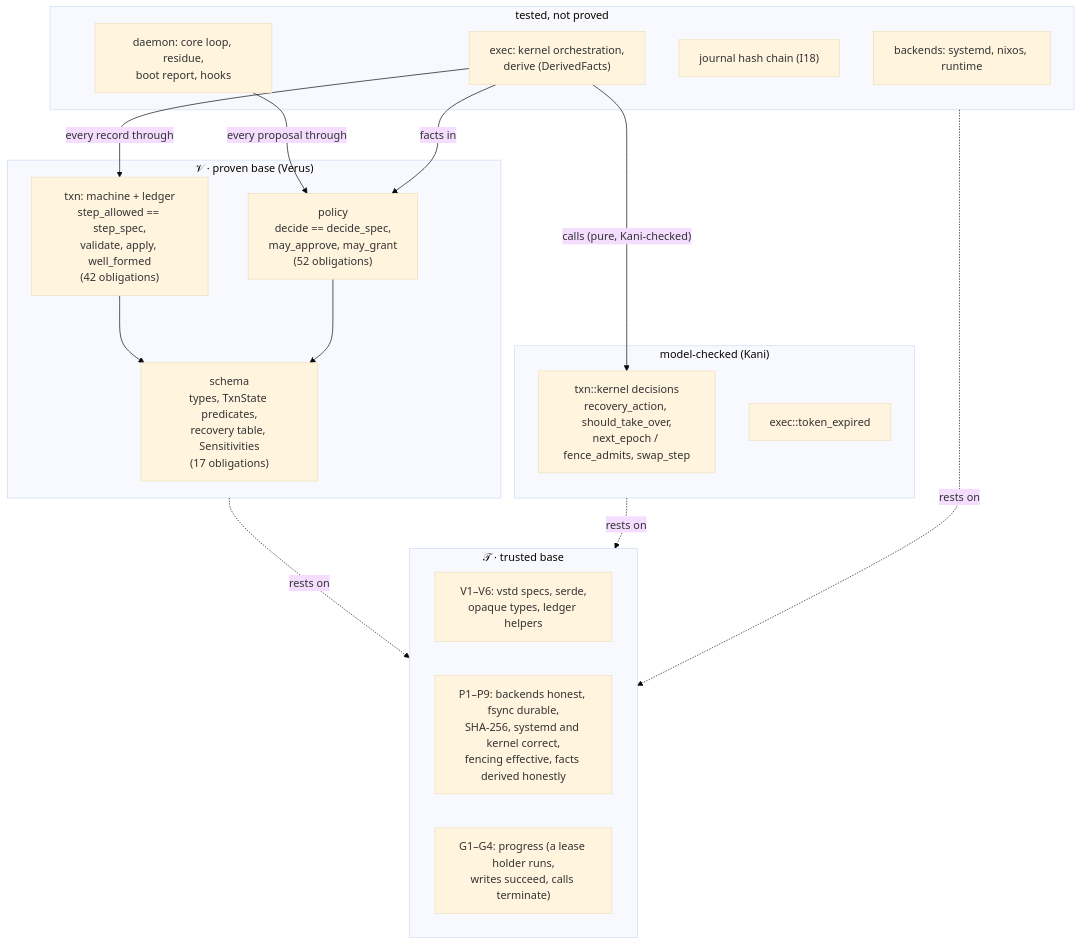
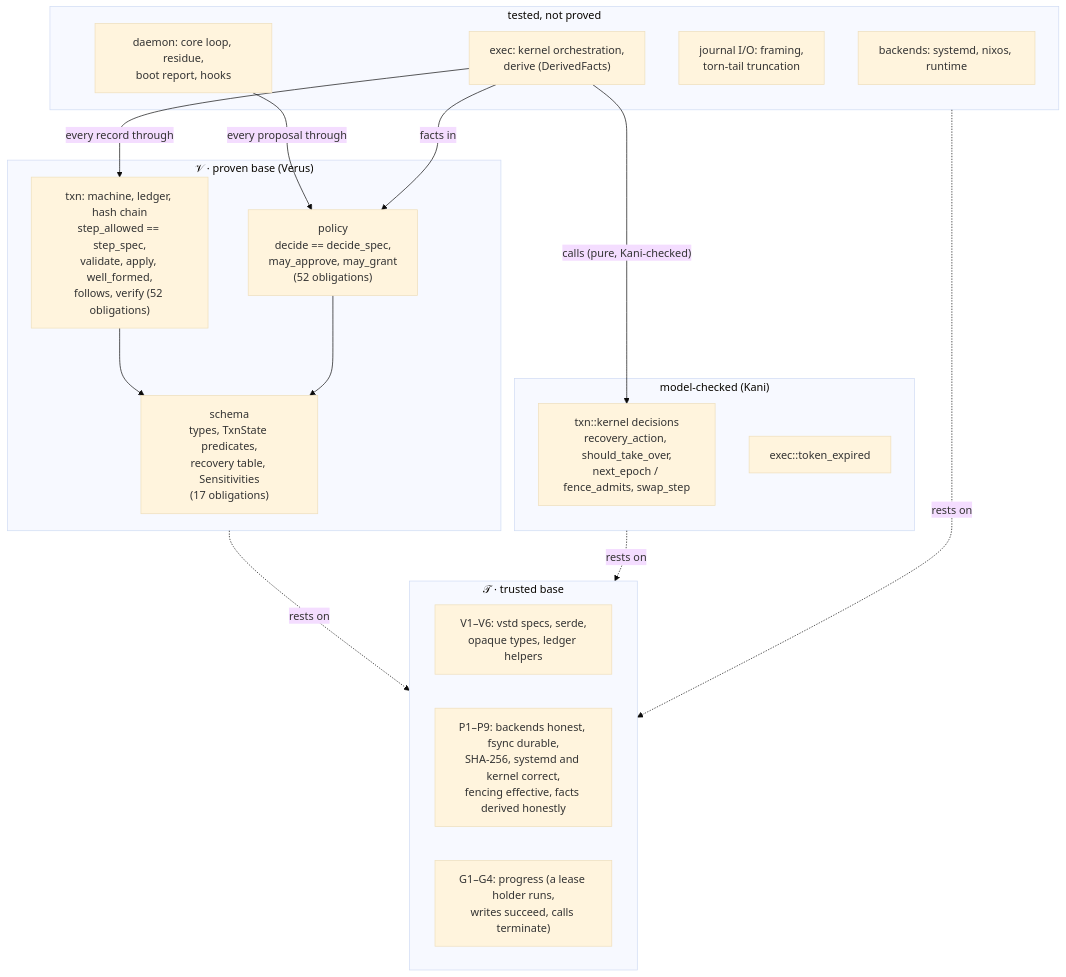
The first of 5 diagrams in docs/guarantees.md (aubrika/planarian), drawn with Mermaid (base theme) before and after one commit. The commit also changed other lines of this file and 6 other files, not shown here.

First line of the commit message:
Prove I18: the journal's hash chain (txn::chain)

````diff
--- a/docs/guarantees.md
+++ b/docs/guarantees.md
@@ -27,32 +27,32 @@
 ```mermaid
 flowchart TB
   subgraph V["𝒱 · proven base (Verus)"]
     schema["schema<br/>types, TxnState predicates,<br/>recovery table, Sensitivities<br/>(17 obligations)"]
     policy["policy<br/>decide == decide_spec,<br/>may_approve, may_grant<br/>(52 obligations)"]
-    txn["txn: machine + ledger<br/>step_allowed == step_spec,<br/>validate, apply, well_formed<br/>(42 obligations)"]
+    txn["txn: machine, ledger, hash chain<br/>step_allowed == step_spec,<br/>validate, apply, well_formed,<br/>follows, verify (52 obligations)"]
   end
   subgraph K["model-checked (Kani)"]
     kern["txn::kernel decisions<br/>recovery_action, should_take_over,<br/>next_epoch / fence_admits, swap_step"]
     tok["exec::token_expired"]
   end
   subgraph T["tested, not proved"]
     exec["exec: kernel orchestration,<br/>derive (DerivedFacts)"]
     daemon["daemon: core loop, residue,<br/>boot report, hooks"]
-    journal["journal hash chain (I18)"]
+    journal["journal I/O: framing,<br/>torn-tail truncation"]
     backends["backends: systemd, nixos, runtime"]
   end
   subgraph A["𝒯 · trusted base"]
     vstd["V1–V6: vstd specs, serde,<br/>opaque types, ledger helpers"]
     plat["P1–P9: backends honest, fsync durable,<br/>SHA-256, systemd and kernel correct,<br/>fencing effective, facts derived honestly"]
     prog["G1–G4: progress (a lease holder runs,<br/>writes succeed, calls terminate)"]
   end
   exec -->|"calls (pure, Kani-checked)"| kern
   exec -->|"every record through"| txn
   daemon -->|"every proposal through"| policy
   exec -->|"facts in"| policy
   txn --> schema
   policy --> schema
   V -.->|rests on| A
   K -.->|rests on| A
   T -.->|rests on| A
 ```
````
